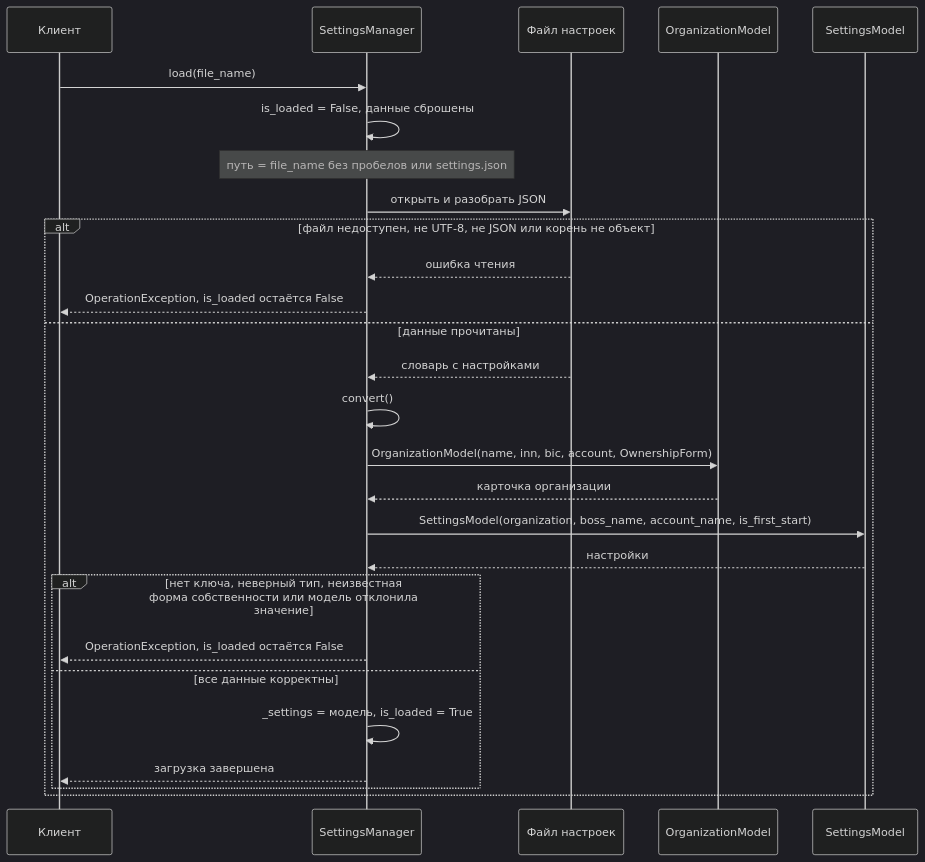
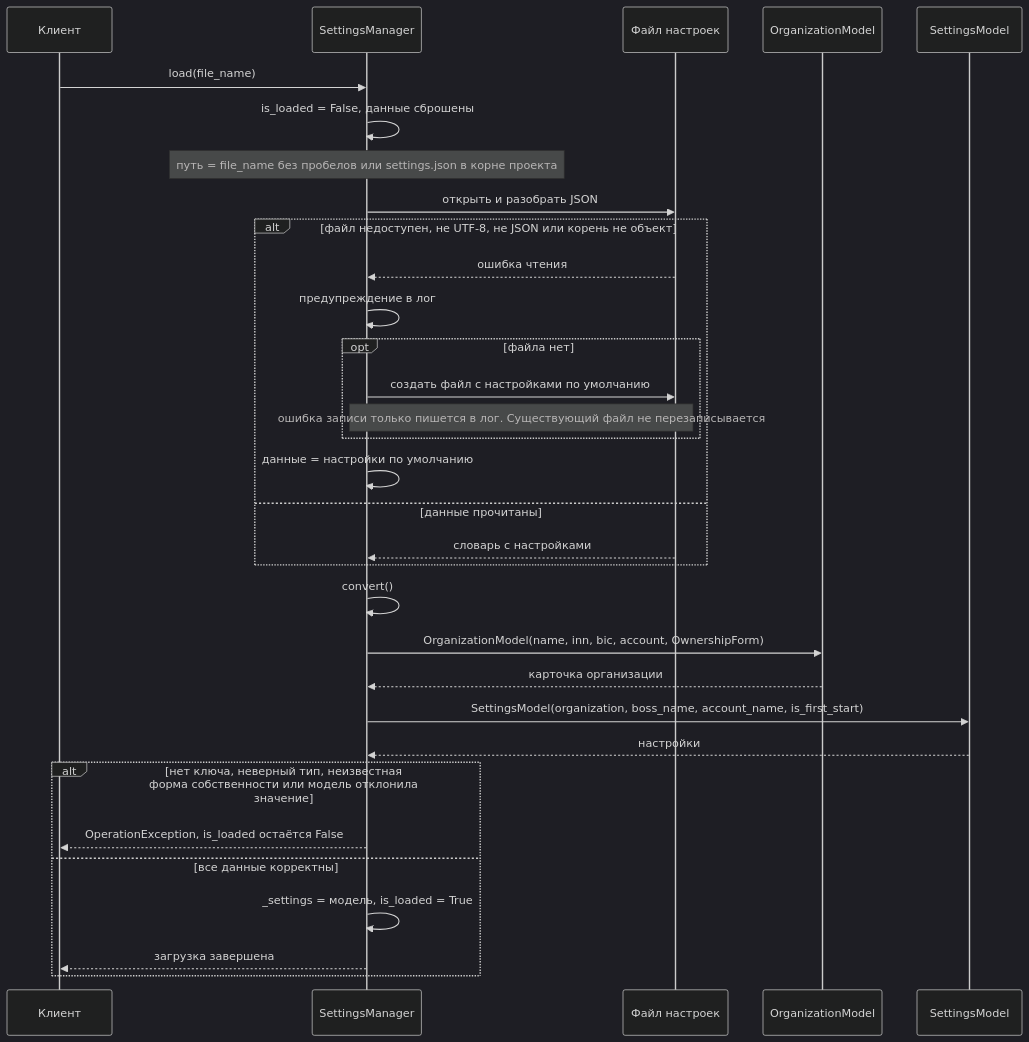
One commit to asutenshi/design-patterns changed the second of 3 diagrams in Docs/SequenceDiagram.md. Above: the diagram before and after it, drawn with Mermaid (dark theme). The commit also changed other lines of this file and 4 other files, not shown here.

````diff
--- a/Docs/SequenceDiagram.md
+++ b/Docs/SequenceDiagram.md
@@ -43,30 +43,35 @@
 ```mermaid
 sequenceDiagram
     participant K as Клиент
     participant S as SettingsManager
     participant F as Файл настроек
     participant O as OrganizationModel
     participant P as SettingsModel
 
     K->>S: load(file_name)
     S->>S: is_loaded = False, данные сброшены
-    Note over S: путь = file_name без пробелов или settings.json
+    Note over S: путь = file_name без пробелов или settings.json в корне проекта
     S->>F: открыть и разобрать JSON
     alt файл недоступен, не UTF-8, не JSON или корень не объект
         F-->>S: ошибка чтения
-        S-->>K: OperationException, is_loaded остаётся False
+        S->>S: предупреждение в лог
+        opt файла нет
+            S->>F: создать файл с настройками по умолчанию
+            Note over S,F: ошибка записи только пишется в лог. Существующий файл не перезаписывается
+        end
+        S->>S: данные = настройки по умолчанию
     else данные прочитаны
         F-->>S: словарь с настройками
-        S->>S: convert()
-        S->>O: OrganizationModel(name, inn, bic, account, OwnershipForm)
-        O-->>S: карточка организации
-        S->>P: SettingsModel(organization, boss_name, account_name, is_first_start)
-        P-->>S: настройки
-        alt нет ключа, неверный тип, неизвестная форма собственности или модель отклонила значение
-            S-->>K: OperationException, is_loaded остаётся False
-        else все данные корректны
-            S->>S: _settings = модель, is_loaded = True
-            S-->>K: загрузка завершена
-        end
+    end
+    S->>S: convert()
+    S->>O: OrganizationModel(name, inn, bic, account, OwnershipForm)
+    O-->>S: карточка организации
+    S->>P: SettingsModel(organization, boss_name, account_name, is_first_start)
+    P-->>S: настройки
+    alt нет ключа, неверный тип, неизвестная форма собственности или модель отклонила значение
+        S-->>K: OperationException, is_loaded остаётся False
+    else все данные корректны
+        S->>S: _settings = модель, is_loaded = True
+        S-->>K: загрузка завершена
     end
 ```
````
